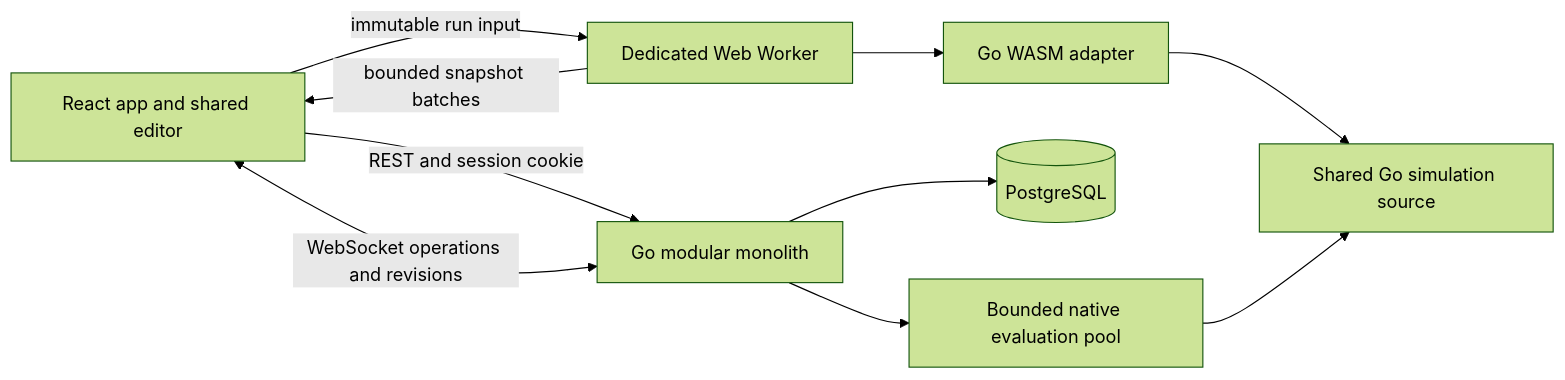
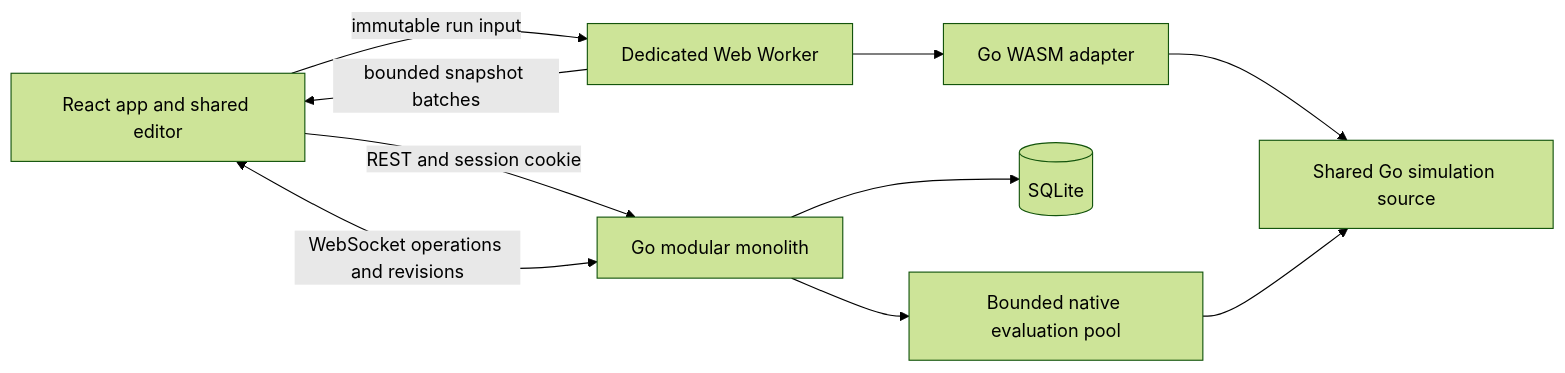
One commit to ArpanBhar/playHLD changed the diagram in PLAYHLD_IMPLEMENTATION_PLAN.md. Above: the diagram before and after it, drawn with Mermaid (forest theme). The commit also changed other lines of this file and 57 other files, not shown here.

````diff
--- a/PLAYHLD_IMPLEMENTATION_PLAN.md
+++ b/PLAYHLD_IMPLEMENTATION_PLAN.md
@@ -45,12 +45,12 @@
 ```mermaid
 flowchart LR
     UI[React app and shared editor] -->|immutable run input| W[Dedicated Web Worker]
     W --> WA[Go WASM adapter]
     WA --> E[Shared Go simulation source]
     W -->|bounded snapshot batches| UI
     UI -->|REST and session cookie| API[Go modular monolith]
     UI <-->|WebSocket operations and revisions| API
-    API --> DB[(PostgreSQL)]
+    API --> DB[(SQLite)]
     API --> J[Bounded native evaluation pool]
     J --> E
 ```
````
